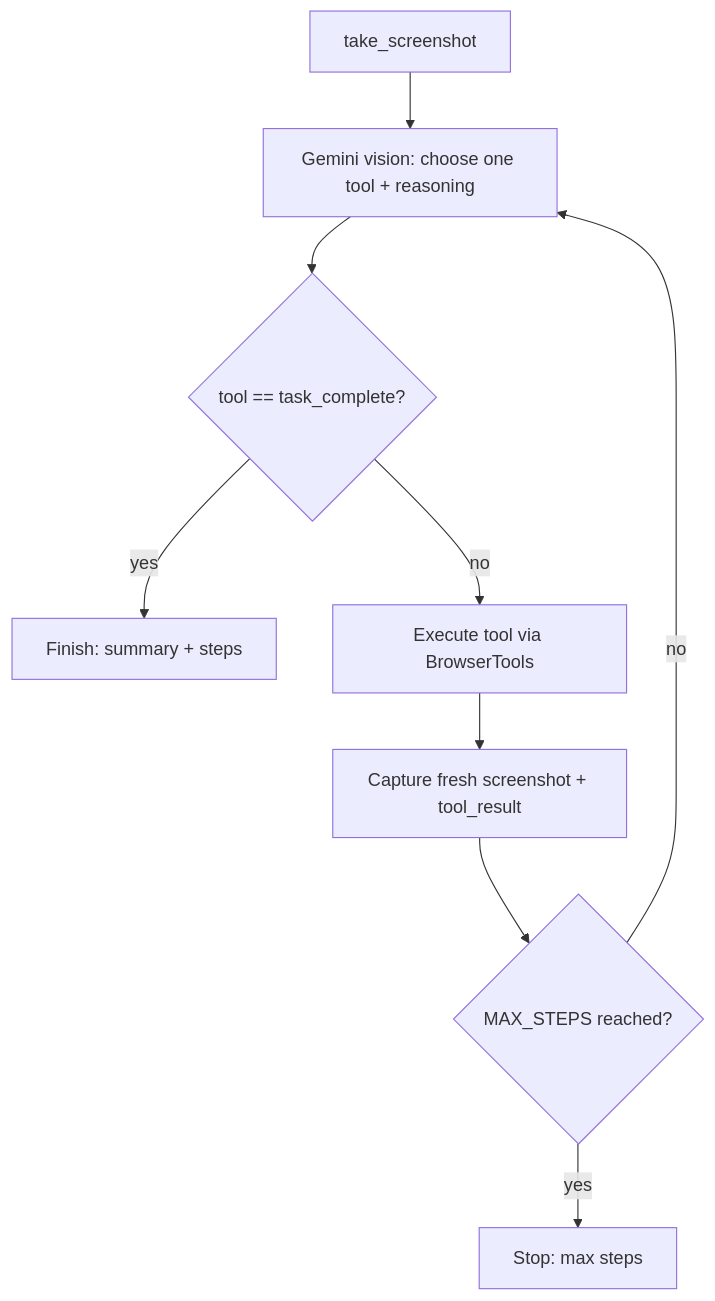
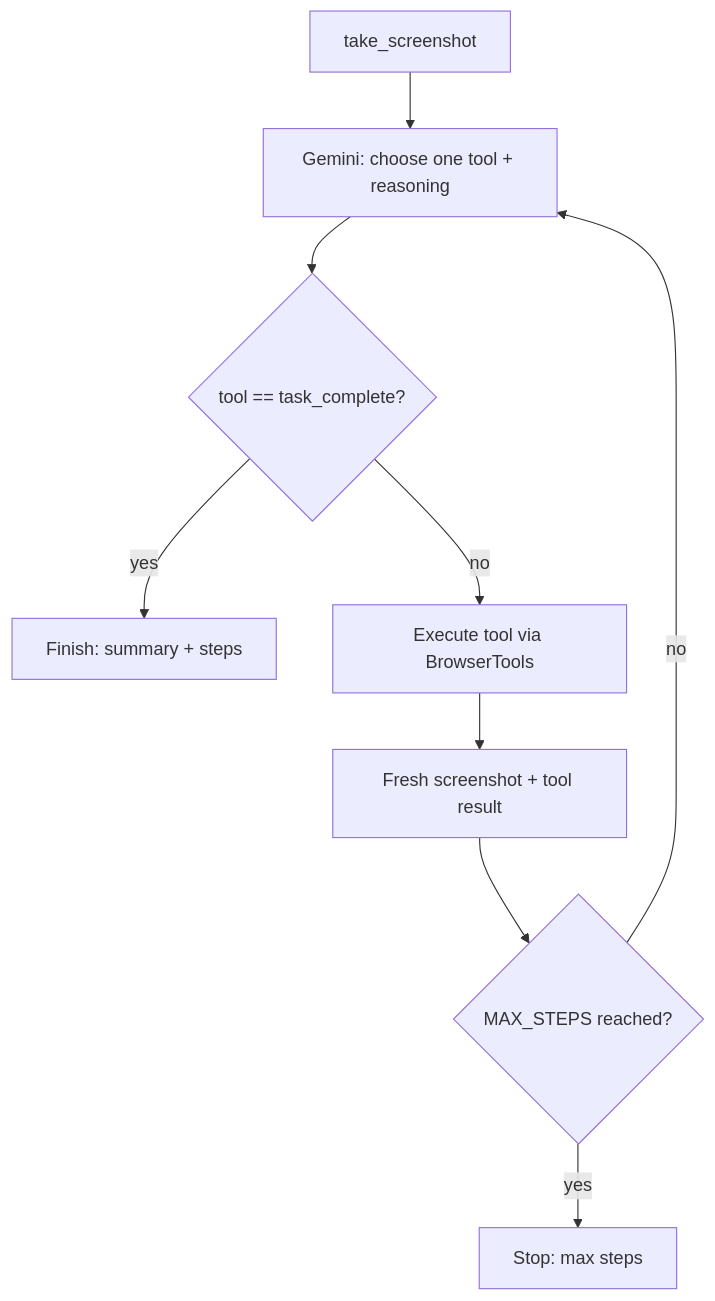
Before and after one commit to vardhan24bcs10041/website-automation-agent: the diagram in ARCHITECTURE.md, drawn with Mermaid. The commit also changed other lines of this file and 1 other file, not shown here.

Commit message:
Revise README and architecture notes for clarity

````diff
--- a/ARCHITECTURE.md
+++ b/ARCHITECTURE.md
@@ -114,11 +65,11 @@
 ```mermaid
 flowchart TD
-    A[take_screenshot] --> B[Gemini vision: choose one tool + reasoning]
+    A[take_screenshot] --> B[Gemini: choose one tool + reasoning]
     B --> C{tool == task_complete?}
     C -- yes --> D[Finish: summary + steps]
     C -- no --> E[Execute tool via BrowserTools]
-    E --> F[Capture fresh screenshot + tool_result]
+    E --> F[Fresh screenshot + tool result]
     F --> G{MAX_STEPS reached?}
     G -- no --> B
     G -- yes --> H[Stop: max steps]
 ```
````
